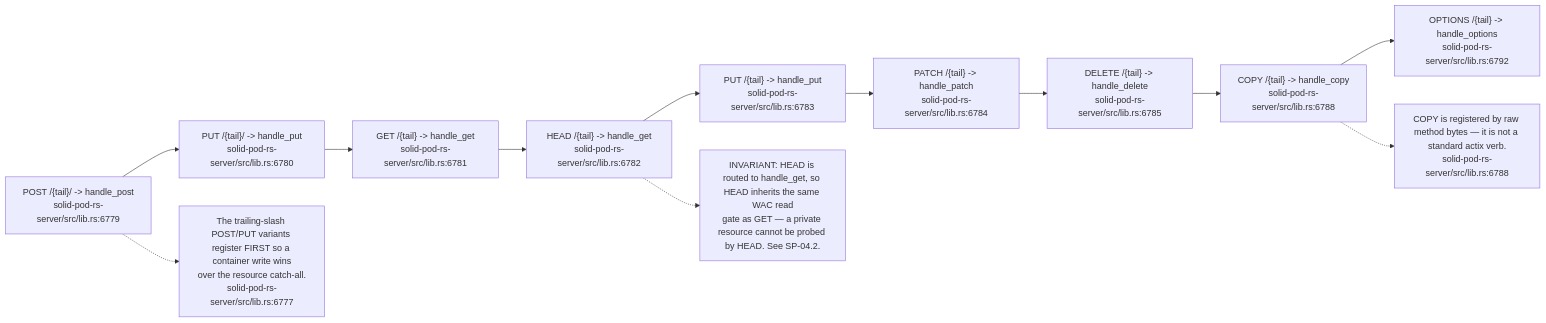
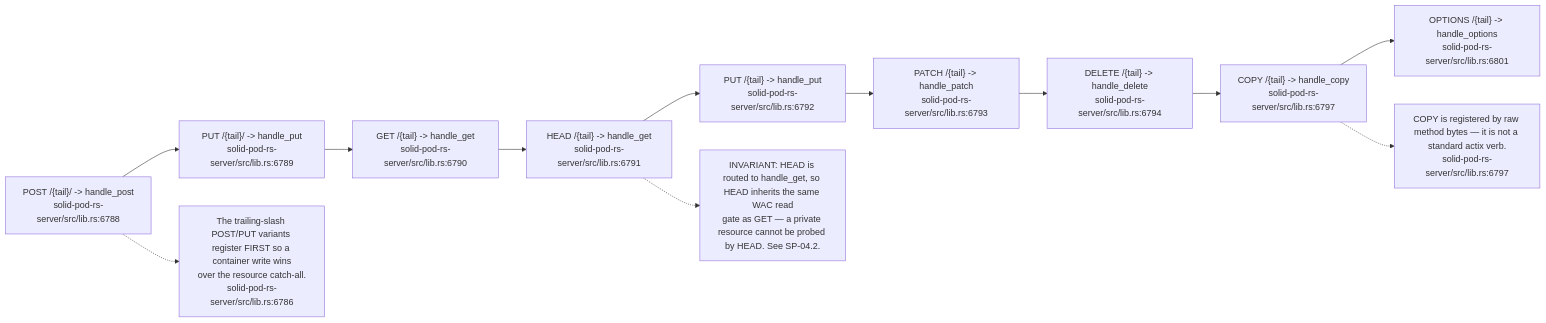
Before and after one commit to DreamLab-AI/VisionFlow: the tenth of 13 diagrams in docs/diagrams/solid-pod-rs/02-server-boot-and-routes.md, drawn with Mermaid. The commit also changed other lines of this file and 18 other files, not shown here.

First line of the commit message:
docs(diagrams): freeze panels for fixed defects and add successors at the fix revisions

````diff
--- a/docs/diagrams/solid-pod-rs/02-server-boot-and-routes.md
+++ b/docs/diagrams/solid-pod-rs/02-server-boot-and-routes.md
@@ -341,21 +341,21 @@
 ```mermaid
 flowchart LR
-    P1["POST /{tail}/ -> handle_post<br/>solid-pod-rs-server/src/lib.rs:6779"]
-    P2["PUT /{tail}/ -> handle_put<br/>solid-pod-rs-server/src/lib.rs:6780"]
-    G["GET /{tail} -> handle_get<br/>solid-pod-rs-server/src/lib.rs:6781"]
-    H["HEAD /{tail} -> handle_get<br/>solid-pod-rs-server/src/lib.rs:6782"]
-    PU["PUT /{tail} -> handle_put<br/>solid-pod-rs-server/src/lib.rs:6783"]
-    PA["PATCH /{tail} -> handle_patch<br/>solid-pod-rs-server/src/lib.rs:6784"]
-    DE["DELETE /{tail} -> handle_delete<br/>solid-pod-rs-server/src/lib.rs:6785"]
-    CO["COPY /{tail} -> handle_copy<br/>solid-pod-rs-server/src/lib.rs:6788"]
-    OP["OPTIONS /{tail} -> handle_options<br/>solid-pod-rs-server/src/lib.rs:6792"]
+    P1["POST /{tail}/ -> handle_post<br/>solid-pod-rs-server/src/lib.rs:6788"]
+    P2["PUT /{tail}/ -> handle_put<br/>solid-pod-rs-server/src/lib.rs:6789"]
+    G["GET /{tail} -> handle_get<br/>solid-pod-rs-server/src/lib.rs:6790"]
+    H["HEAD /{tail} -> handle_get<br/>solid-pod-rs-server/src/lib.rs:6791"]
+    PU["PUT /{tail} -> handle_put<br/>solid-pod-rs-server/src/lib.rs:6792"]
+    PA["PATCH /{tail} -> handle_patch<br/>solid-pod-rs-server/src/lib.rs:6793"]
+    DE["DELETE /{tail} -> handle_delete<br/>solid-pod-rs-server/src/lib.rs:6794"]
+    CO["COPY /{tail} -> handle_copy<br/>solid-pod-rs-server/src/lib.rs:6797"]
+    OP["OPTIONS /{tail} -> handle_options<br/>solid-pod-rs-server/src/lib.rs:6801"]
 
     P1 --> P2 --> G --> H --> PU --> PA --> DE --> CO --> OP
 
-    N1["The trailing-slash POST/PUT variants register FIRST so a container write wins\nover the resource catch-all.<br/>solid-pod-rs-server/src/lib.rs:6777"]
+    N1["The trailing-slash POST/PUT variants register FIRST so a container write wins\nover the resource catch-all.<br/>solid-pod-rs-server/src/lib.rs:6786"]
     P1 -.-> N1
     N2["INVARIANT: HEAD is routed to handle_get, so HEAD inherits the same WAC read\ngate as GET — a private resource cannot be probed by HEAD. See SP-04.2."]
     H -.-> N2
-    N3["COPY is registered by raw method bytes — it is not a standard actix verb.<br/>solid-pod-rs-server/src/lib.rs:6788"]
+    N3["COPY is registered by raw method bytes — it is not a standard actix verb.<br/>solid-pod-rs-server/src/lib.rs:6797"]
     CO -.-> N3
 ```
````
